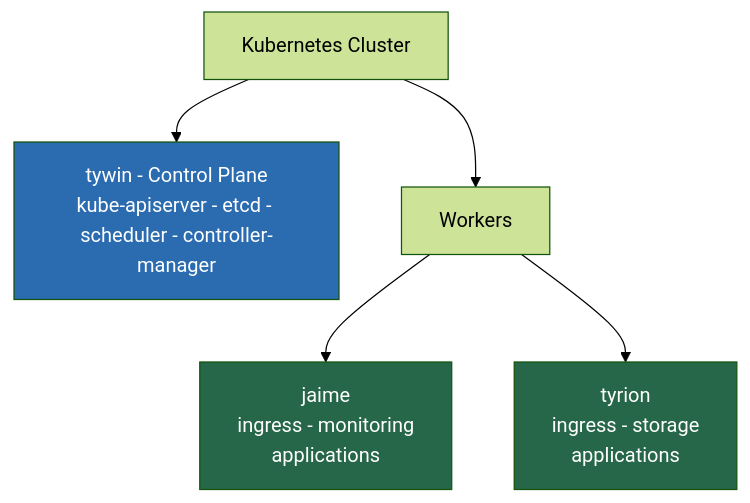
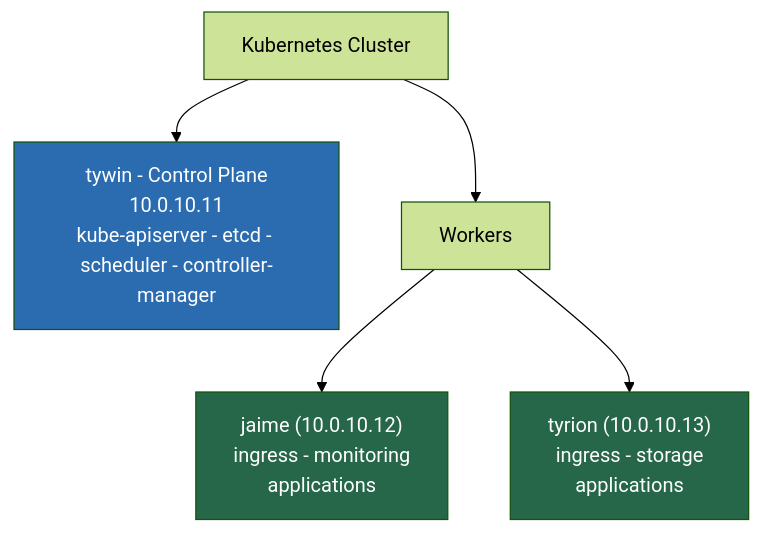
One commit to Kagiso-me/homelab-infrastructure changed the third of 3 diagrams in docs/guides/07-Namespaces-Cluster-Identity.md. Above: the diagram before and after it, drawn with Mermaid (forest theme). The commit also changed other lines of this file and 47 other files, not shown here.

````diff
--- a/docs/guides/07-Namespaces-Cluster-Identity.md
+++ b/docs/guides/07-Namespaces-Cluster-Identity.md
@@ -490,11 +487,11 @@
 ```mermaid
 graph TD
     Cluster["Kubernetes Cluster"]
-    Cluster --> CP["tywin - Control Plane<br/>kube-apiserver - etcd - scheduler - controller-manager"]
+    Cluster --> CP["tywin - Control Plane<br/>10.0.10.11<br/>kube-apiserver - etcd - scheduler - controller-manager"]
     Cluster --> W["Workers"]
-    W --> jaime["jaime<br/>ingress - monitoring<br/>applications"]
-    W --> tyrion["tyrion<br/>ingress - storage<br/>applications"]
+    W --> jaime["jaime (10.0.10.12)<br/>ingress - monitoring<br/>applications"]
+    W --> tyrion["tyrion (10.0.10.13)<br/>ingress - storage<br/>applications"]
     style CP fill:#2b6cb0,color:#fff
     style jaime fill:#276749,color:#fff
     style tyrion fill:#276749,color:#fff
 ```
````
